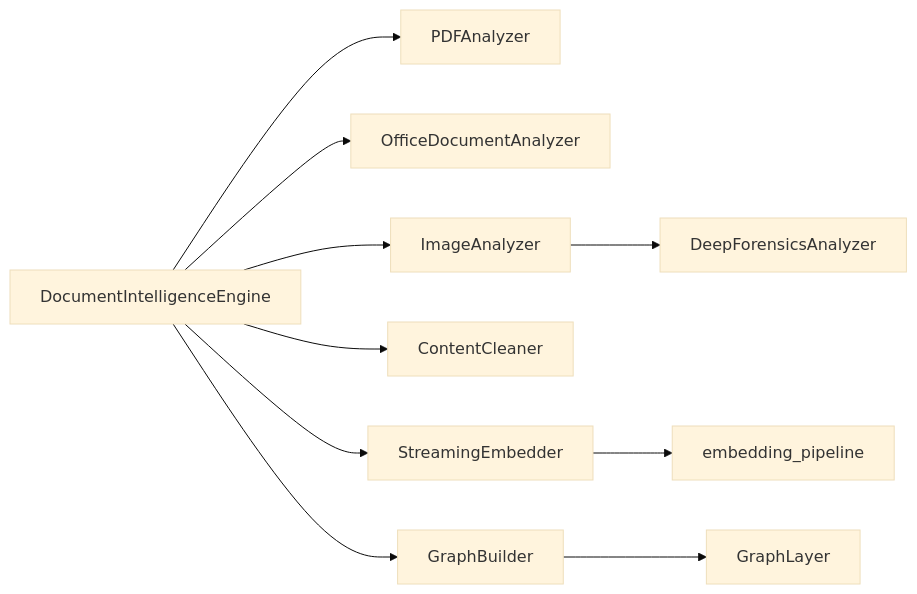
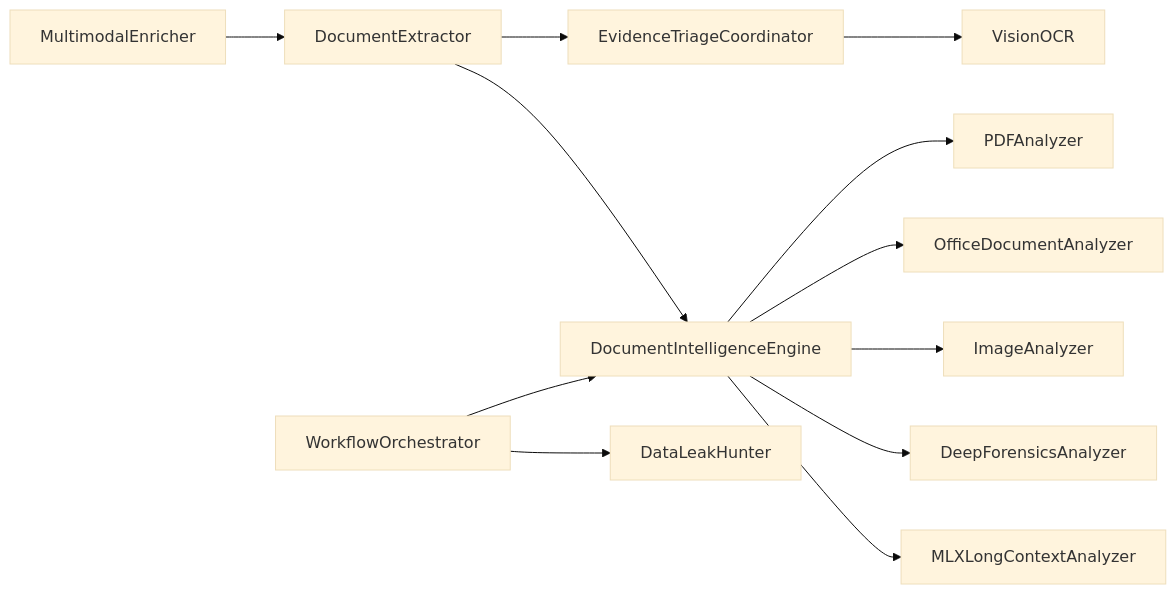
The eighth of 8 diagrams in .qoder/repowiki/en/content/Intelligence Modules/Document Intelligence.md (Hamulda/hledac-universal), drawn with Mermaid (base theme) before and after one commit. The commit also changed other lines of this file and 236 other files, not shown here.

````diff
--- a/.qoder/repowiki/en/content/Intelligence Modules/Document Intelligence.md
+++ b/.qoder/repowiki/en/content/Intelligence Modules/Document Intelligence.md
@@ -340,12 +331,14 @@
 ```mermaid
 graph LR
 DI["DocumentIntelligenceEngine"] --> PDF["PDFAnalyzer"]
 DI --> OFFICE["OfficeDocumentAnalyzer"]
 DI --> IMG["ImageAnalyzer"]
-IMG --> DF["DeepForensicsAnalyzer"]
-DI --> CC["ContentCleaner"]
-DI --> SE["StreamingEmbedder"]
-SE --> EP["embedding_pipeline"]
-DI --> GB["GraphBuilder"]
-GB --> GL["GraphLayer"]
+DI --> DF["DeepForensicsAnalyzer"]
+DI --> MLX["MLXLongContextAnalyzer"]
+ET["EvidenceTriageCoordinator"] --> OCR["VisionOCR"]
+DOCE["DocumentExtractor"] --> ET
+DOCE --> DI
+ME["MultimodalEnricher"] --> DOCE
+WF["WorkflowOrchestrator"] --> DI
+WF --> DLH["DataLeakHunter"]
 ```
````
